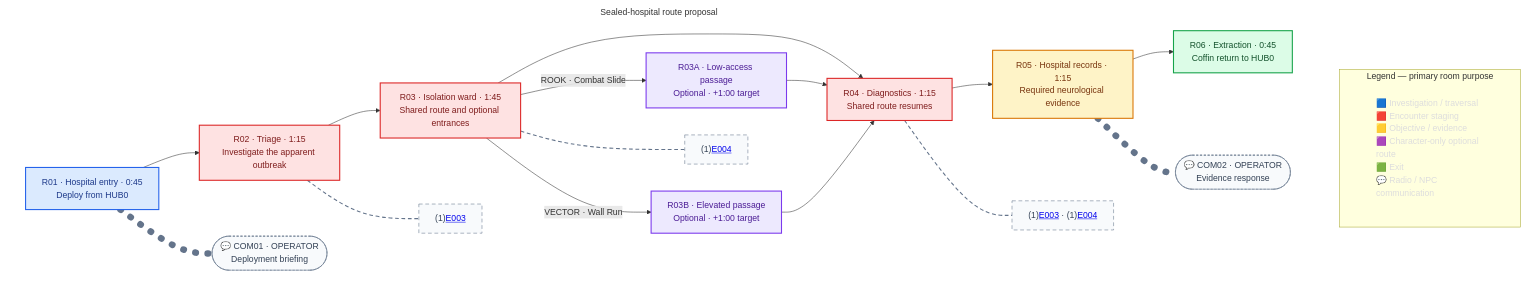
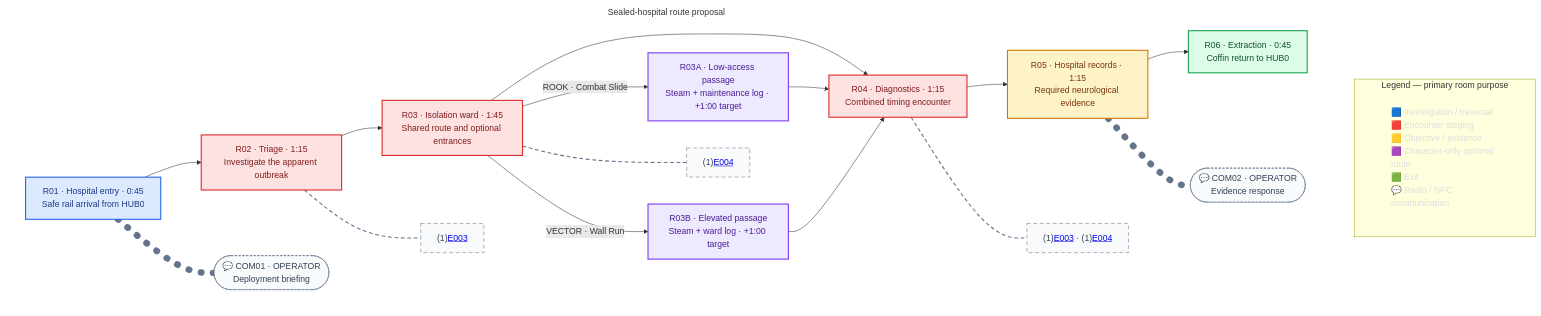
One commit to justgook/imprint-zero changed the diagram in missions/m02.md. Above: the diagram before and after it, drawn with Mermaid. The commit also changed other lines of this file and 3 other files, not shown here.

Commit message:
📝(m02): consolidate full-page review and spatial schematics

````diff
--- a/missions/m02.md
+++ b/missions/m02.md
@@ -71,50 +32,50 @@
 ```mermaid
 flowchart TB
     subgraph Legend[Legend — primary room purpose]
         L["🟦 Investigation / traversal<br/>🟥 Encounter staging<br/>🟨 Objective / evidence<br/>🟪 Character-only optional route<br/>🟩 Exit<br/>💬 Radio / NPC communication"]
     end
 
     subgraph Route[Sealed-hospital route proposal]
         direction LR
-        R01["R01 · Hospital entry · 0:45<br/>Deploy from HUB0"] --> R02["R02 · Triage · 1:15<br/>Investigate the apparent outbreak"]
+        R01["R01 · Hospital entry · 0:45<br/>Safe rail arrival from HUB0"] --> R02["R02 · Triage · 1:15<br/>Investigate the apparent outbreak"]
         R02 --> R03["R03 · Isolation ward · 1:45<br/>Shared route and optional entrances"]
-        R03 --> R04["R04 · Diagnostics · 1:15<br/>Shared route resumes"]
+        R03 --> R04["R04 · Diagnostics · 1:15<br/>Combined timing encounter"]
         R04 --> R05["R05 · Hospital records · 1:15<br/>Required neurological evidence"]
         R05 --> R06["R06 · Extraction · 0:45<br/>Coffin return to HUB0"]
 
-        R03 -->|ROOK · Combat Slide| R03A["R03A · Low-access passage<br/>Optional · +1:00 target"]
+        R03 -->|ROOK · Combat Slide| R03A["R03A · Low-access passage<br/>Steam + maintenance log · +1:00 target"]
         R03A --> R04
-        R03 -->|VECTOR · Wall Run| R03B["R03B · Elevated passage<br/>Optional · +1:00 target"]
+        R03 -->|VECTOR · Wall Run| R03B["R03B · Elevated passage<br/>Steam + ward log · +1:00 target"]
         R03B --> R04
 
         R01 -.- COM01(["💬 COM01 · OPERATOR<br/>Deployment briefing"])
         R05 -.- COM02(["💬 COM02 · OPERATOR<br/>Evidence response"])
         R02 -.- C02["(1)<a href='#/enemies/e003'>E003</a>"]
         R03 -.- C03["(1)<a href='#/enemies/e004'>E004</a>"]
         R04 -.- C04["(1)<a href='#/enemies/e003'>E003</a> · (1)<a href='#/enemies/e004'>E004</a>"]
 
         click COM01 href "#/locale/en/dialogue.po?entry=dialogue.m02.com01"
         click COM02 href "#/locale/en/dialogue.po?entry=dialogue.m02.com02"
     end
 
     classDef investigation fill:#dbeafe,stroke:#2563eb,color:#1e3a8a,stroke-width:2px;
     classDef encounter fill:#fee2e2,stroke:#dc2626,color:#7f1d1d,stroke-width:2px;
     classDef objective fill:#fef3c7,stroke:#d97706,color:#78350f,stroke-width:2px;
     classDef optional fill:#ede9fe,stroke:#7c3aed,color:#4c1d95,stroke-width:2px;
     classDef exit fill:#dcfce7,stroke:#16a34a,color:#14532d,stroke-width:2px;
     classDef communication fill:#f8fafc,stroke:#64748b,color:#334155,stroke-width:1px,stroke-dasharray:4 3;
     classDef roomContent fill:#f8fafc,stroke:#64748b,color:#334155,stroke-width:1px,stroke-dasharray:7 5;
     classDef legend fill:none,stroke:none,color:#ddd,text-align:left;
 
     class R01 investigation;
     class R02,R03,R04 encounter;
     class R05 objective;
     class R06 exit;
     class R03A,R03B optional;
     class COM01,COM02 communication;
     class C02,C03,C04 roomContent;
     class L legend;
     linkStyle 9,10 stroke:#64748b,stroke-width:12px,stroke-dasharray:1 22,stroke-linecap:round;
     linkStyle 11,12,13 stroke:#64748b,stroke-width:2px,stroke-dasharray:7 5;
     style Route fill:none,stroke:none;
 ```
````
